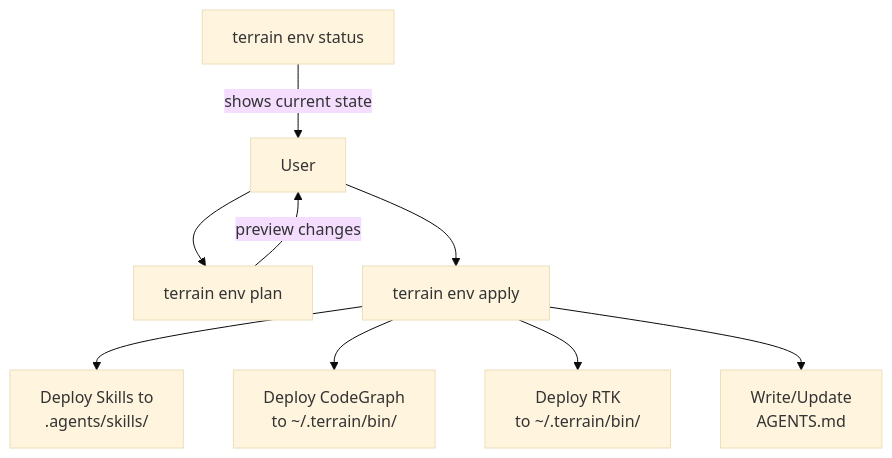
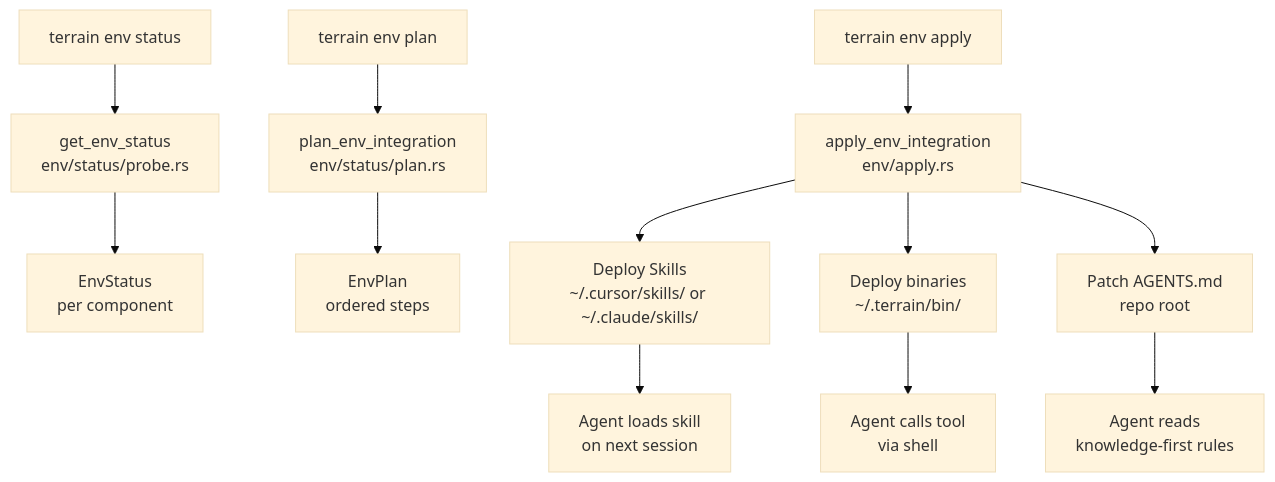
Before and after one commit to sopaco/terrain: the diagram in .terrain/human/4.Deep-Exploration/agent-tools.md, drawn with Mermaid (base theme). The commit also changed other lines of this file and 10 other files, not shown here.

````diff
--- a/.terrain/human/4.Deep-Exploration/agent-tools.md
+++ b/.terrain/human/4.Deep-Exploration/agent-tools.md
@@ -63,11 +55,14 @@
 ```mermaid
 flowchart TD
-    Status[terrain env status] --> |shows current state| User
-    User --> Plan[terrain env plan]
-    Plan --> |preview changes| User
-    User --> Apply[terrain env apply]
-    Apply --> Skills1[Deploy Skills to<br/>.agents/skills/]
-    Apply --> CG1[Deploy CodeGraph<br/>to ~/.terrain/bin/]
-    Apply --> RTK1[Deploy RTK<br/>to ~/.terrain/bin/]
-    Apply --> AGENTS1[Write/Update<br/>AGENTS.md]
+    A["terrain env status"] --> B["get_env_status<br/>env/status/probe.rs"]
+    B --> C["EnvStatus<br/>per component"]
+    A2["terrain env plan"] --> D["plan_env_integration<br/>env/status/plan.rs"]
+    D --> E["EnvPlan<br/>ordered steps"]
+    A3["terrain env apply"] --> F["apply_env_integration<br/>env/apply.rs"]
+    F --> G["Deploy Skills<br/>~/.cursor/skills/ or ~/.claude/skills/"]
+    F --> H["Deploy binaries<br/>~/.terrain/bin/"]
+    F --> I["Patch AGENTS.md<br/>repo root"]
+    G --> J["Agent loads skill<br/>on next session"]
+    H --> K["Agent calls tool<br/>via shell"]
+    I --> L["Agent reads<br/>knowledge-first rules"]
 ```
````
